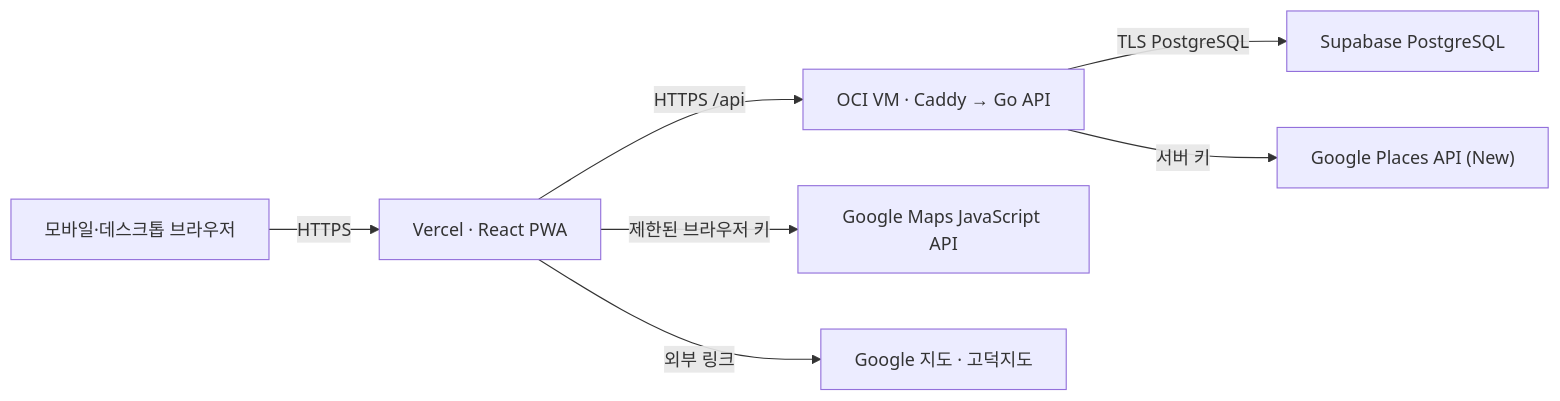
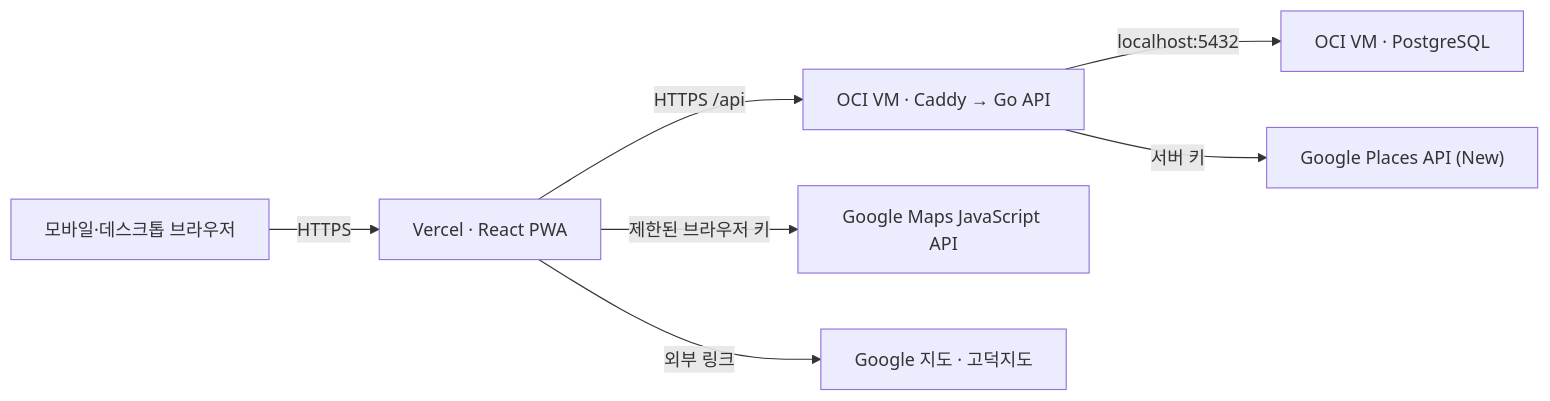
One commit to hjh6709/for_Kagoshima_travel changed the first of 2 diagrams in docs/TECH_DESIGN.md. Above: the diagram before and after it, drawn with Mermaid. The commit also changed 4 other files, not shown here.

Commit message:
docs: 운영 DB를 OCI VM 로컬 PostgreSQL로 정정

````diff
--- a/docs/TECH_DESIGN.md
+++ b/docs/TECH_DESIGN.md
@@ -7,9 +7,9 @@
 ```mermaid
 flowchart LR
   User["모바일·데스크톱 브라우저"] -->|HTTPS| Web["Vercel · React PWA"]
   Web -->|HTTPS /api| API["OCI VM · Caddy → Go API"]
-  API -->|TLS PostgreSQL| DB["Supabase PostgreSQL"]
+  API -->|localhost:5432| DB["OCI VM · PostgreSQL"]
   API -->|서버 키| Places["Google Places API (New)"]
   Web -->|제한된 브라우저 키| Maps["Google Maps JavaScript API"]
   Web -->|외부 링크| Directions["Google 지도 · 고덕지도"]
 ```
````
